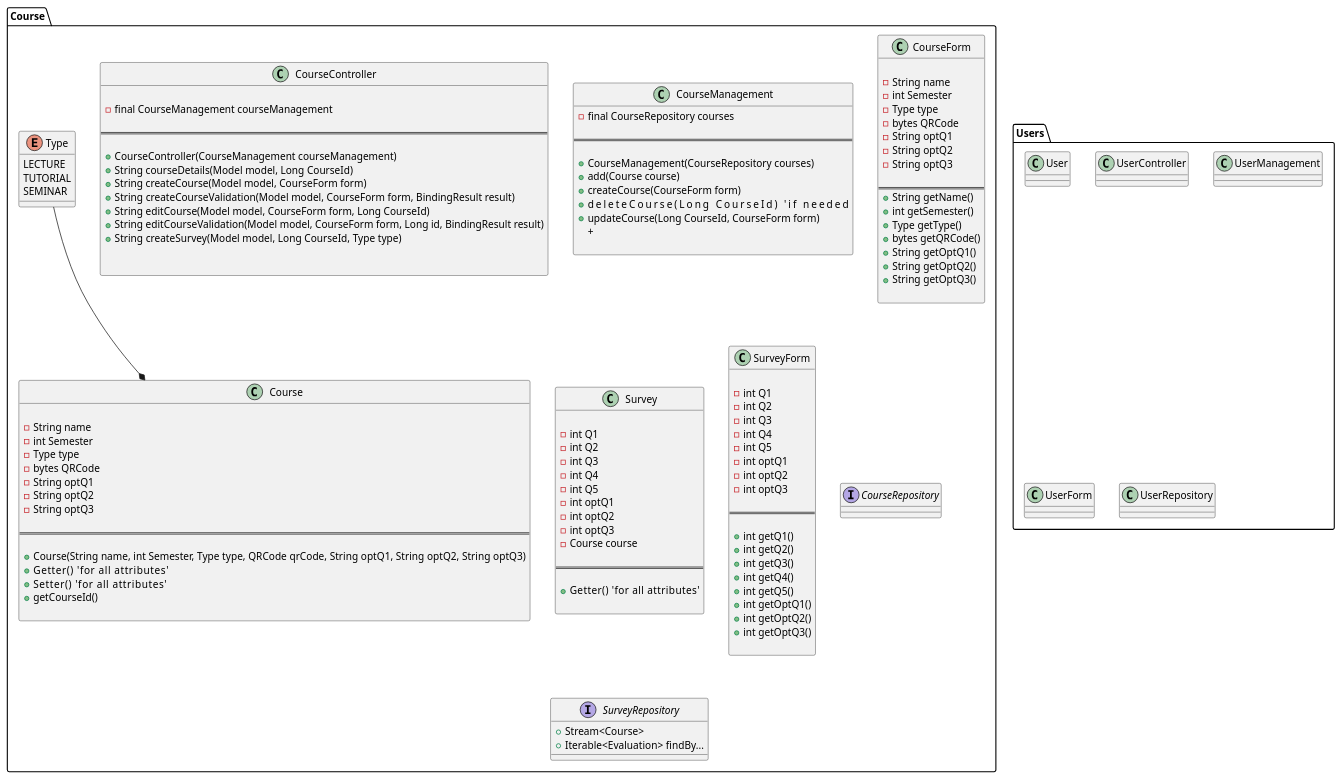
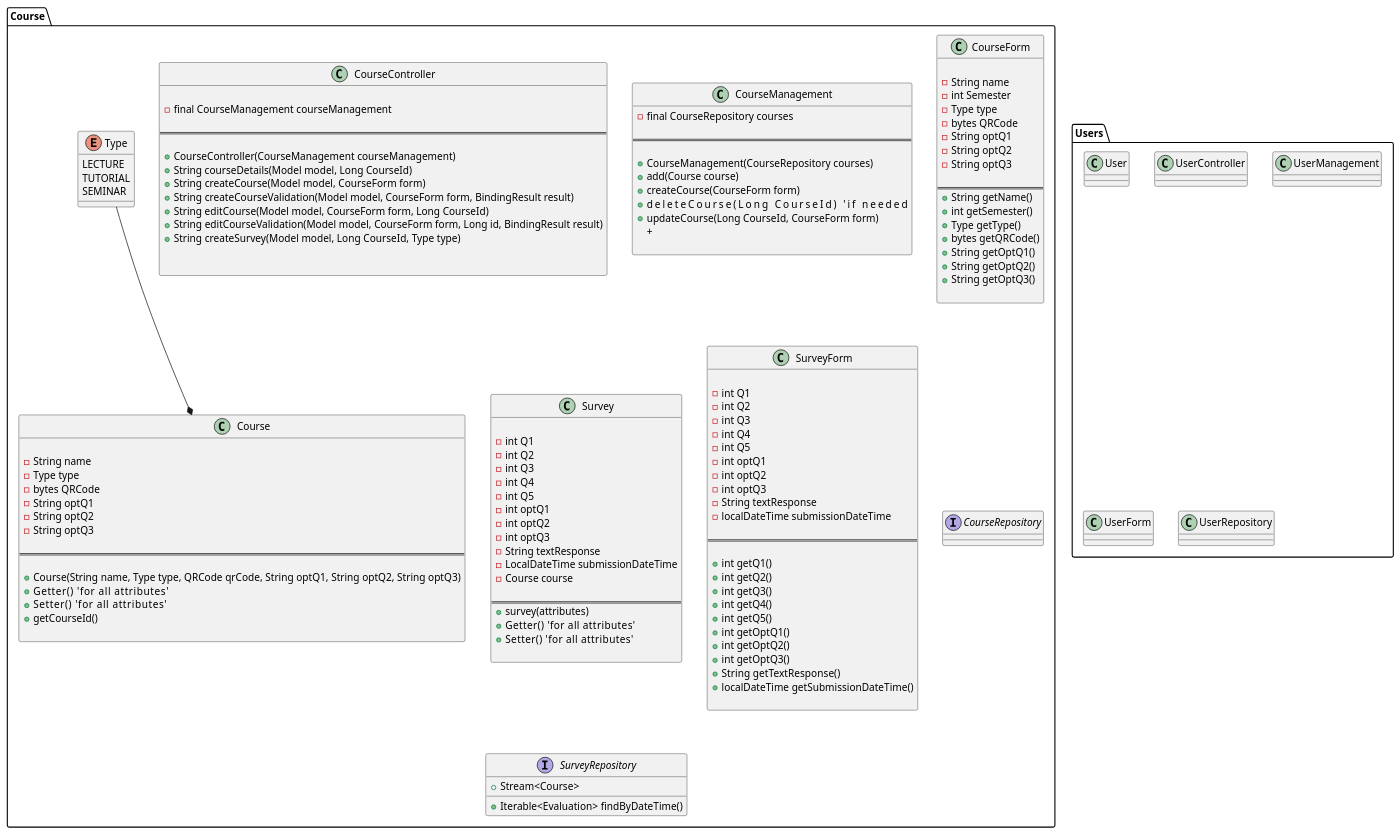
The diagram in src/main/documentation/diagrams/src/architecture_overview.wsd (Elocien/QOVA), drawn with PlantUML before and after one commit. The commit also changed 4 other files, not shown here.

```diff
--- a/src/main/documentation/diagrams/src/architecture_overview.wsd
+++ b/src/main/documentation/diagrams/src/architecture_overview.wsd
@@ -17,4 +17,6 @@
 @startuml qovaArchitecture 
+
+
 
 package Course{
 
@@ -23,9 +25,8 @@
 
 
     class Course{
-
+        
         - String name
-        - int Semester
         - Type type
         - bytes QRCode
         - String optQ1
@@ -38,7 +39,7 @@
 ==
 
         'Constructor'
-        + Course(String name, int Semester, Type type, QRCode qrCode, String optQ1, String optQ2, String optQ3)
+        + Course(String name, Type type, QRCode qrCode, String optQ1, String optQ2, String optQ3)
         + Getter()       'for all attributes' 
         + Setter()       'for all attributes' 
         + getCourseId()
@@ -68,7 +69,7 @@
             'PostMapping method to validate user input'
         + String editCourseValidation(Model model, CourseForm form, Long id, BindingResult result)
             'GetMapping method. Survey wird allein anhand lehrveranstaltung kreiert. QR code übergibt nur 
-            'lehrveranstaltug und typ (VL, SEM, TUT).
+            'course.
         +String createSurvey(Model model, Long CourseId, Type type)
 
 
@@ -132,11 +133,14 @@
         - int optQ1
         - int optQ2
         - int optQ3
+        - String textResponse
+        - LocalDateTime submissionDateTime
         - Course course          
 
 ==
-
+        + survey(attributes)
         + Getter()     'for all attributes'
+        + Setter()     'for all attributes'
 
     }
 
@@ -154,6 +158,8 @@
         - int optQ1
         - int optQ2
         - int optQ3
+        - String textResponse
+        - localDateTime submissionDateTime
 
 ==
 
@@ -165,18 +171,20 @@
         + int getOptQ1()
         + int getOptQ2()
         + int getOptQ3()
+        + String getTextResponse()
+        + localDateTime getSubmissionDateTime()
 
     }
 
     interface CourseRepository {
-        'if filtern is necessary, methods are added here'
+        'if filtern is necessary, methods are added here' 
     }
 
     interface SurveyRepository {
         'All findBy methods are added here. Will have to see how they want this filtered
         
         + Stream<Course>
-        + Iterable<Evaluation> findBy...
+        + Iterable<Evaluation> findByDateTime()
 
 
     }
```
